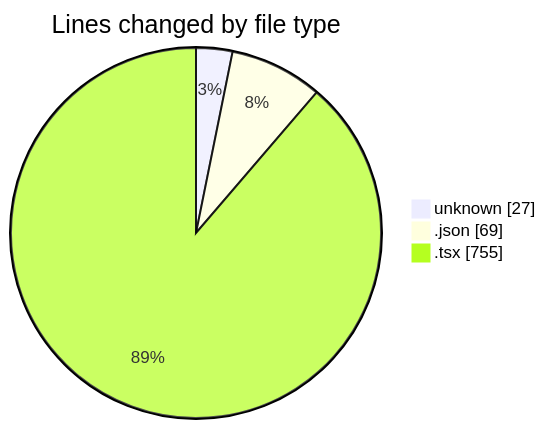
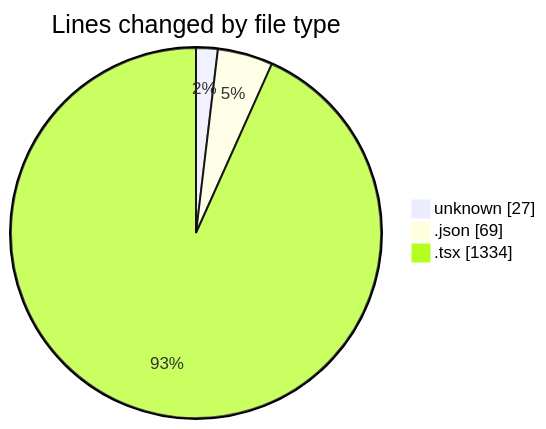
Before and after one commit to robertbonfada/code-tracking: the first of 2 diagrams in 2025-01-14/mbc-web/README.md, drawn with Mermaid. The commit also changed other lines of this file and 1 other file, not shown here.

````diff
--- a/2025-01-14/mbc-web/README.md
+++ b/2025-01-14/mbc-web/README.md
@@ -24,7 +32,7 @@
 ```mermaid
 pie showData
 title Lines changed by file type
 "unknown" : 27
 ".json" : 69
-".tsx" : 755
+".tsx" : 1334
 ```
````
